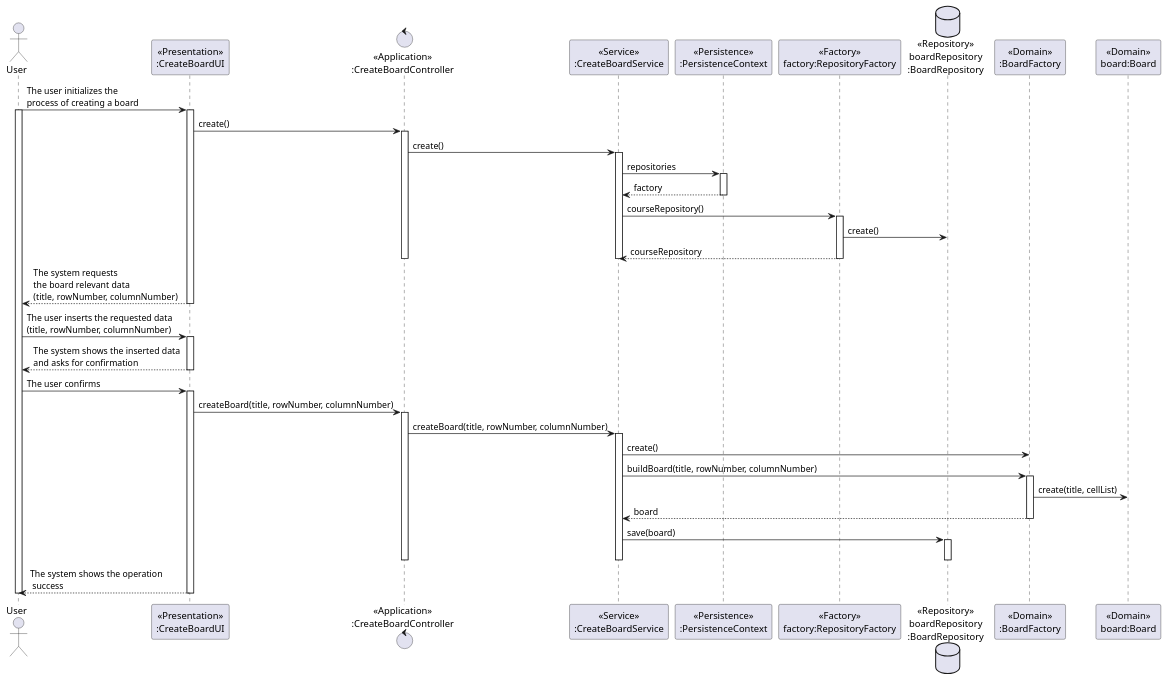
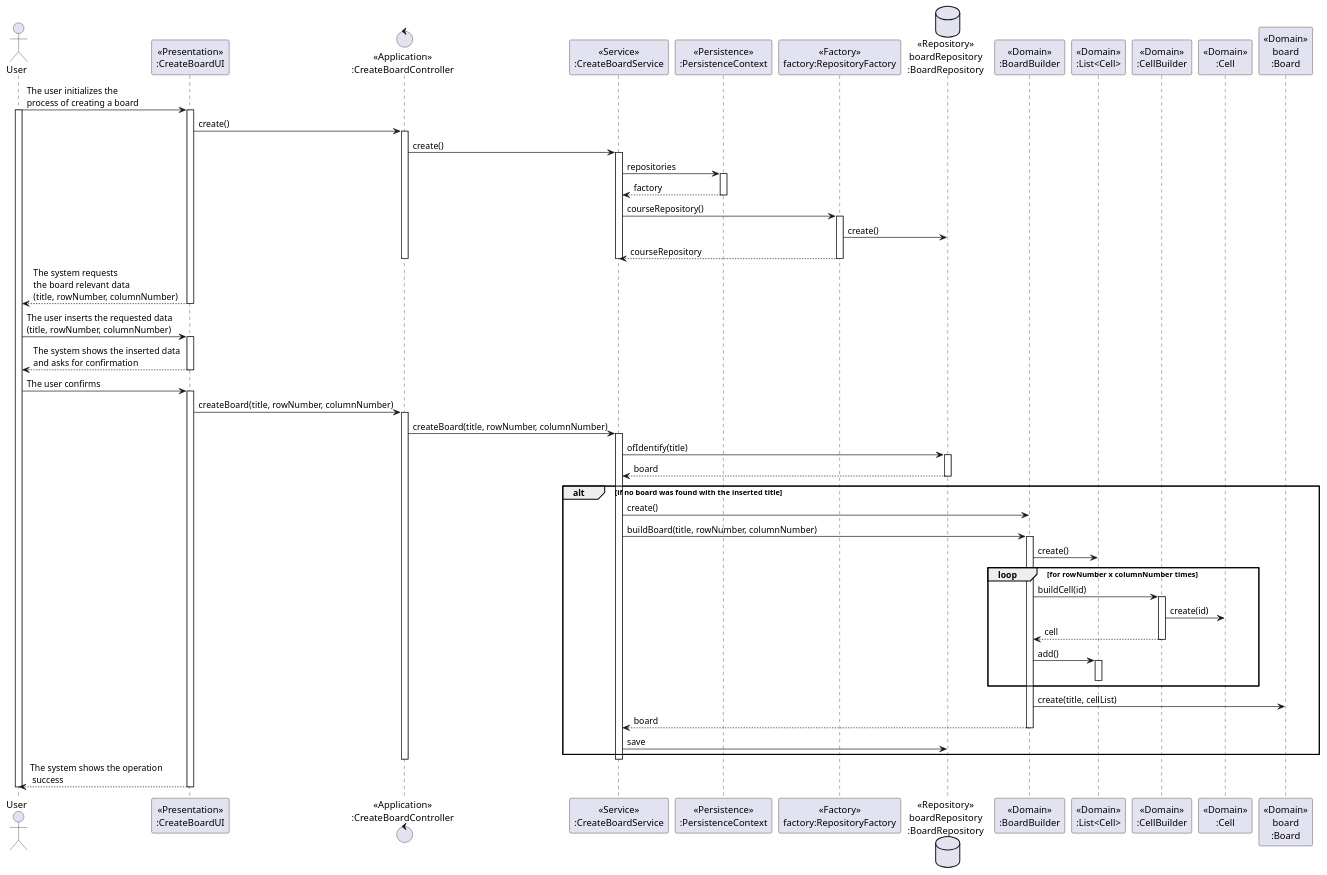
The diagram in docs/Sprint_B/us_3002/US3002_SD.puml (Marco-Nobrega-Andrade/sem4pi_22_23), drawn with PlantUML before and after one commit. The commit also changed 1 other file, not shown here.

Commit message:
[US_3002][Design] Changing boardBuild method flow

```diff
--- a/docs/Sprint_B/us_3002/US3002_SD.puml
+++ b/docs/Sprint_B/us_3002/US3002_SD.puml
@@ -1,56 +1,76 @@
 @startuml
 actor User as U
 participant "<<Presentation>>\n:CreateBoardUI" as UI
 control "<<Application>>\n:CreateBoardController" as CTRL
 participant "<<Service>>\n:CreateBoardService" as CBSv
 participant "<<Persistence>>\n:PersistenceContext" as PC
 participant "<<Factory>>\nfactory:RepositoryFactory" as RF
 database "<<Repository>>\nboardRepository\n:BoardRepository" as BR
-participant "<<Domain>>\n:BoardFactory" as BF
-participant "<<Domain>>\nboard:Board" as B
+participant "<<Domain>>\n:BoardBuilder" as BB
+participant "<<Domain>>\n:List<Cell>" as CL
+participant "<<Domain>>\n:CellBuilder" as CB
+participant "<<Domain>>\n:Cell" as C
+participant "<<Domain>>\nboard\n:Board" as B
 
 U -> UI : The user initializes the \nprocess of creating a board
 activate U
 activate UI
 UI -> CTRL : create()
 activate CTRL
 CTRL -> CBSv : create()
 activate CBSv
 CBSv -> PC : repositories
 activate PC
 PC --> CBSv : factory
 deactivate PC
 CBSv -> RF : courseRepository()
 activate RF
 RF -> BR : create()
 RF --> CBSv: courseRepository
 deactivate RF
 deactivate CBSv
 deactivate CTRL
 UI --> U : The system requests \nthe board relevant data\n(title, rowNumber, columnNumber)
 deactivate UI
 U -> UI : The user inserts the requested data\n(title, rowNumber, columnNumber)
 activate UI
 UI --> U : The system shows the inserted data \nand asks for confirmation
 deactivate UI
 U -> UI : The user confirms
 activate UI
 UI -> CTRL : createBoard(title, rowNumber, columnNumber)
 activate CTRL
 CTRL -> CBSv : createBoard(title, rowNumber, columnNumber)
 activate CBSv
-CBSv -> BF : create()
-CBSv -> BF : buildBoard(title, rowNumber, columnNumber)
-activate BF
-BF -> B : create(title, cellList)
-BF --> CBSv : board
-deactivate BF
-CBSv -> BR : save(board)
+CBSv -> BR : ofIdentify(title)
+activate BR
+BR --> CBSv : board
+deactivate BR
+alt if no board was found with the inserted title
+CBSv -> BB : create()
+CBSv -> BB : buildBoard(title, rowNumber, columnNumber)
+activate BB
+BB -> CL : create()
+loop for rowNumber x columnNumber times
+BB -> CB : buildCell(id)
+activate CB
+CB -> C : create(id)
+CB --> BB : cell
+deactivate CB
+BB -> CL : add()
+activate CL
+deactivate CL
+end loop
+BB -> B : create(title, cellList)
+BB --> CBSv : board
+deactivate BB
+CBSv -> BR : save
+end
 activate BR
 deactivate BR
 deactivate CBSv
 deactivate CTRL
 UI --> U : The system shows the operation\n success
 deactivate UI
 deactivate U
 @enduml
```
